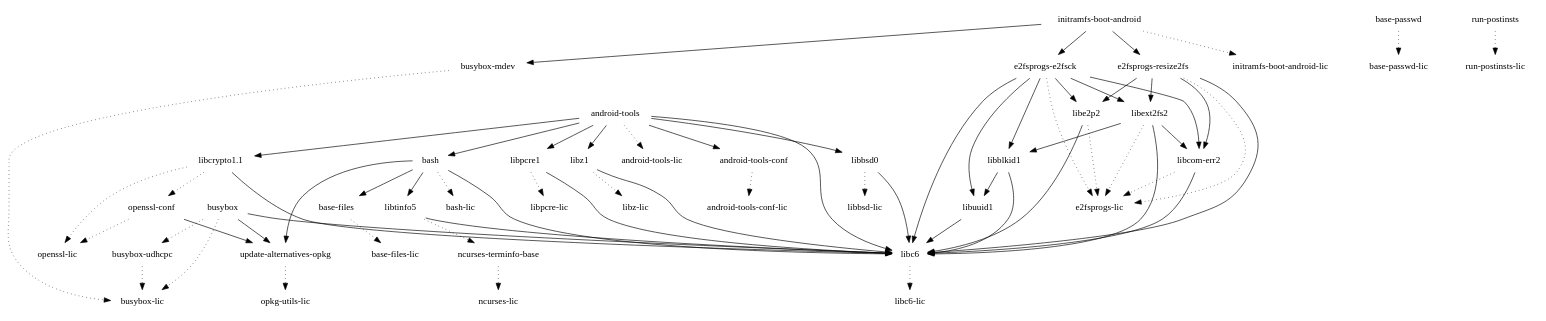
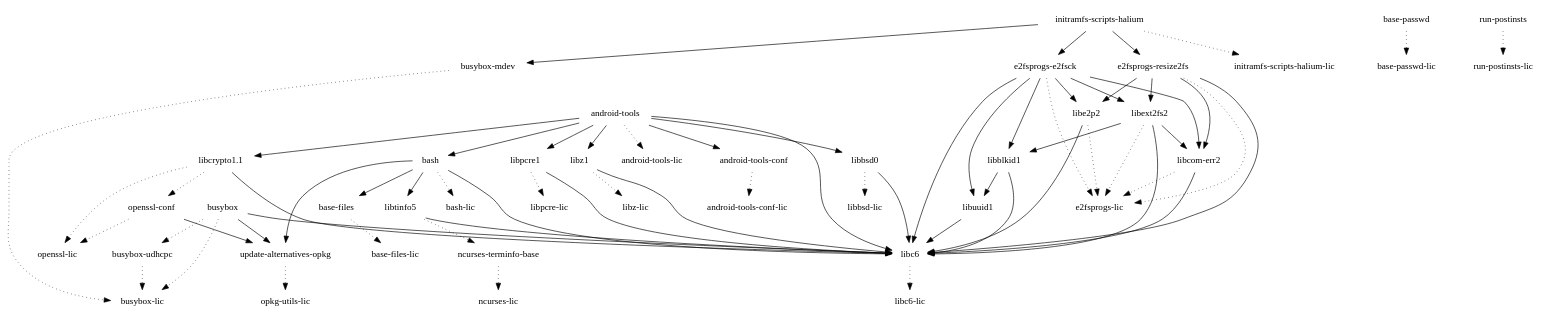
Before and after one commit to webOS-ports/buildhistory: the diagram in images/hammerhead/glibc/initramfs-android-image/depends-nokernel.dot, drawn with Graphviz. The commit also changed 245 other files, not shown here.

```diff
--- a/images/hammerhead/glibc/initramfs-android-image/depends-nokernel.dot
+++ b/images/hammerhead/glibc/initramfs-android-image/depends-nokernel.dot
@@ -1,69 +1,69 @@
 digraph depends {
     node [shape=plaintext]
 "android-tools" -> "android-tools-conf"
 "android-tools" -> "android-tools-lic" [style=dotted]
 "android-tools" -> "bash"
 "android-tools-conf" -> "android-tools-conf-lic" [style=dotted]
 "android-tools" -> "libbsd0"
 "android-tools" -> "libc6"
 "android-tools" -> "libcrypto1.1"
 "android-tools" -> "libpcre1"
 "android-tools" -> "libz1"
 "base-files" -> "base-files-lic" [style=dotted]
 "base-passwd" -> "base-passwd-lic" [style=dotted]
 "bash" -> "base-files"
 "bash" -> "bash-lic" [style=dotted]
 "bash" -> "libc6"
 "bash" -> "libtinfo5"
 "bash" -> "update-alternatives-opkg"
 "busybox" -> "busybox-lic" [style=dotted]
 "busybox" -> "busybox-udhcpc" [style=dotted]
 "busybox" -> "libc6"
 "busybox-mdev" -> "busybox-lic" [style=dotted]
 "busybox-udhcpc" -> "busybox-lic" [style=dotted]
 "busybox" -> "update-alternatives-opkg"
 "e2fsprogs-e2fsck" -> "e2fsprogs-lic" [style=dotted]
 "e2fsprogs-e2fsck" -> "libblkid1"
 "e2fsprogs-e2fsck" -> "libc6"
 "e2fsprogs-e2fsck" -> "libcom-err2"
 "e2fsprogs-e2fsck" -> "libe2p2"
 "e2fsprogs-e2fsck" -> "libext2fs2"
 "e2fsprogs-e2fsck" -> "libuuid1"
 "e2fsprogs-resize2fs" -> "e2fsprogs-lic" [style=dotted]
 "e2fsprogs-resize2fs" -> "libc6"
 "e2fsprogs-resize2fs" -> "libcom-err2"
 "e2fsprogs-resize2fs" -> "libe2p2"
 "e2fsprogs-resize2fs" -> "libext2fs2"
-"initramfs-boot-android" -> "busybox-mdev"
-"initramfs-boot-android" -> "e2fsprogs-e2fsck"
-"initramfs-boot-android" -> "e2fsprogs-resize2fs"
-"initramfs-boot-android" -> "initramfs-boot-android-lic" [style=dotted]
+"initramfs-scripts-halium" -> "busybox-mdev"
+"initramfs-scripts-halium" -> "e2fsprogs-e2fsck"
+"initramfs-scripts-halium" -> "e2fsprogs-resize2fs"
+"initramfs-scripts-halium" -> "initramfs-scripts-halium-lic" [style=dotted]
 "libblkid1" -> "libc6"
 "libblkid1" -> "libuuid1"
 "libbsd0" -> "libbsd-lic" [style=dotted]
 "libbsd0" -> "libc6"
 "libc6" -> "libc6-lic" [style=dotted]
 "libcom-err2" -> "e2fsprogs-lic" [style=dotted]
 "libcom-err2" -> "libc6"
 "libcrypto1.1" -> "libc6"
 "libcrypto1.1" -> "openssl-conf" [style=dotted]
 "libcrypto1.1" -> "openssl-lic" [style=dotted]
 "libe2p2" -> "e2fsprogs-lic" [style=dotted]
 "libe2p2" -> "libc6"
 "libext2fs2" -> "e2fsprogs-lic" [style=dotted]
 "libext2fs2" -> "libblkid1"
 "libext2fs2" -> "libc6"
 "libext2fs2" -> "libcom-err2"
 "libpcre1" -> "libc6"
 "libpcre1" -> "libpcre-lic" [style=dotted]
 "libtinfo5" -> "libc6"
 "libtinfo5" -> "ncurses-terminfo-base" [style=dotted]
 "libuuid1" -> "libc6"
 "libz1" -> "libc6"
 "libz1" -> "libz-lic" [style=dotted]
 "ncurses-terminfo-base" -> "ncurses-lic" [style=dotted]
 "openssl-conf" -> "openssl-lic" [style=dotted]
 "openssl-conf" -> "update-alternatives-opkg"
 "run-postinsts" -> "run-postinsts-lic" [style=dotted]
 "update-alternatives-opkg" -> "opkg-utils-lic" [style=dotted]
 }
```
